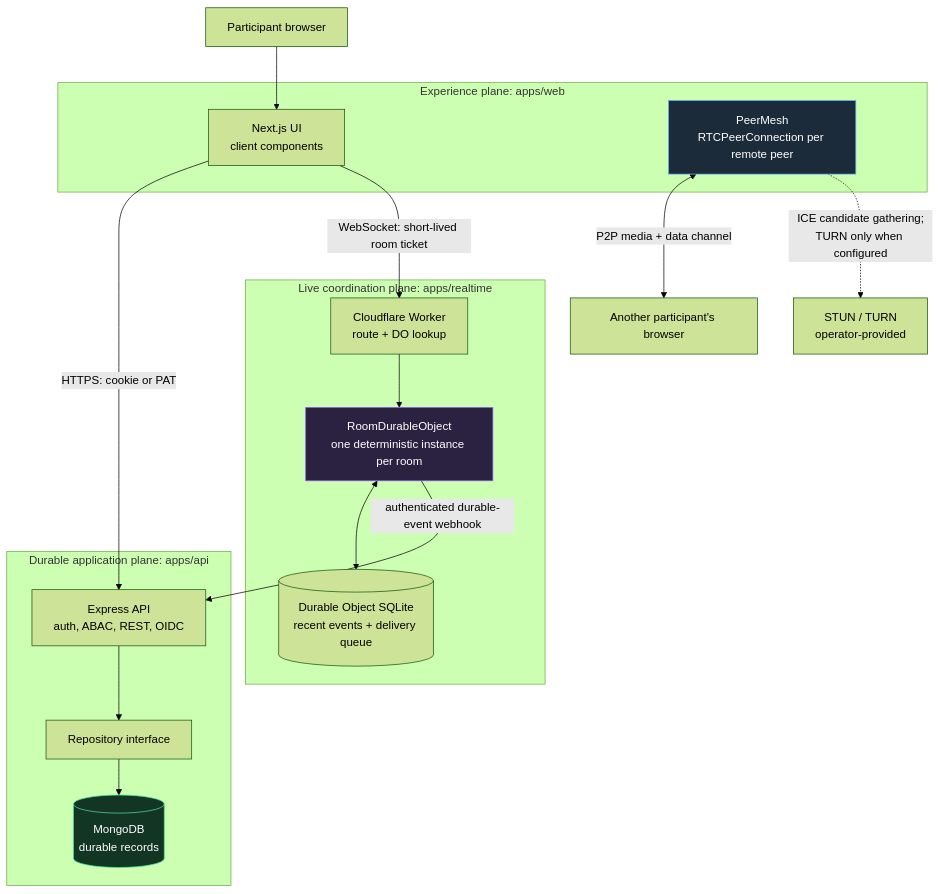
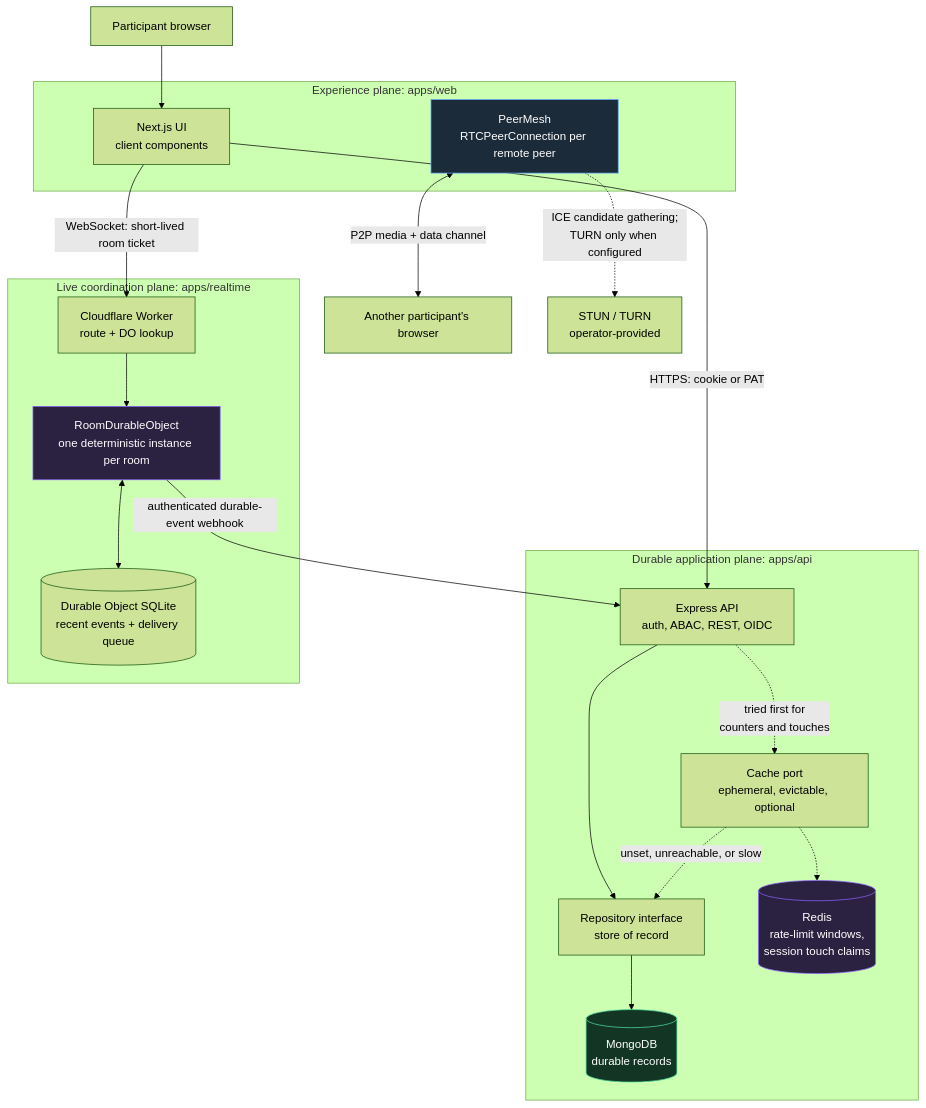
The first of 22 diagrams in ARCHITECTURE.md (hoangsonww/Threadline-RealTime-Collab), drawn with Mermaid (forest theme) before and after one commit. The commit also changed other lines of this file and 17 other files, not shown here.

```diff
--- a/ARCHITECTURE.md
+++ b/ARCHITECTURE.md
@@ -38,37 +38,42 @@
 ~~~mermaid
 flowchart TB
     Browser["Participant browser"]
 
     subgraph Web["Experience plane: apps/web"]
         UI["Next.js UI<br/>client components"]
         Mesh["PeerMesh<br/>RTCPeerConnection per remote peer"]
     end
 
     subgraph Durable["Durable application plane: apps/api"]
         API["Express API<br/>auth, ABAC, REST, OIDC"]
-        Repo["Repository interface"]
+        Repo["Repository interface<br/>store of record"]
         Mongo[("MongoDB<br/>durable records")]
+        Cache["Cache port<br/>ephemeral, evictable, optional"]
+        Redis[("Redis<br/>rate-limit windows,<br/>session touch claims")]
     end
 
     subgraph Live["Live coordination plane: apps/realtime"]
         Worker["Cloudflare Worker<br/>route + DO lookup"]
         RoomDO["RoomDurableObject<br/>one deterministic instance per room"]
         DOStore[("Durable Object SQLite<br/>recent events + delivery queue")]
     end
 
     Peer["Another participant's browser"]
     Relay["STUN / TURN<br/>operator-provided"]
 
     Browser --> UI
     UI -->|"HTTPS: cookie or PAT"| API
     API --> Repo --> Mongo
+    API -.->|"tried first for<br/>counters and touches"| Cache -.-> Redis
+    Cache -.->|"unset, unreachable, or slow"| Repo
     UI -->|"WebSocket: short-lived room ticket"| Worker --> RoomDO
     RoomDO <--> DOStore
     RoomDO -->|"authenticated durable-event webhook"| API
     Mesh <-->|"P2P media + data channel"| Peer
     Mesh -.->|"ICE candidate gathering;<br/>TURN only when configured"| Relay
 
     style Mongo fill:#123524,stroke:#52e0a2,color:#fff
+    style Redis fill:#2b2140,stroke:#8a63ff,color:#fff
     style RoomDO fill:#2b2140,stroke:#8a63ff,color:#fff
     style Mesh fill:#1c2b3a,stroke:#5ca4ff,color:#fff
 ~~~
```
